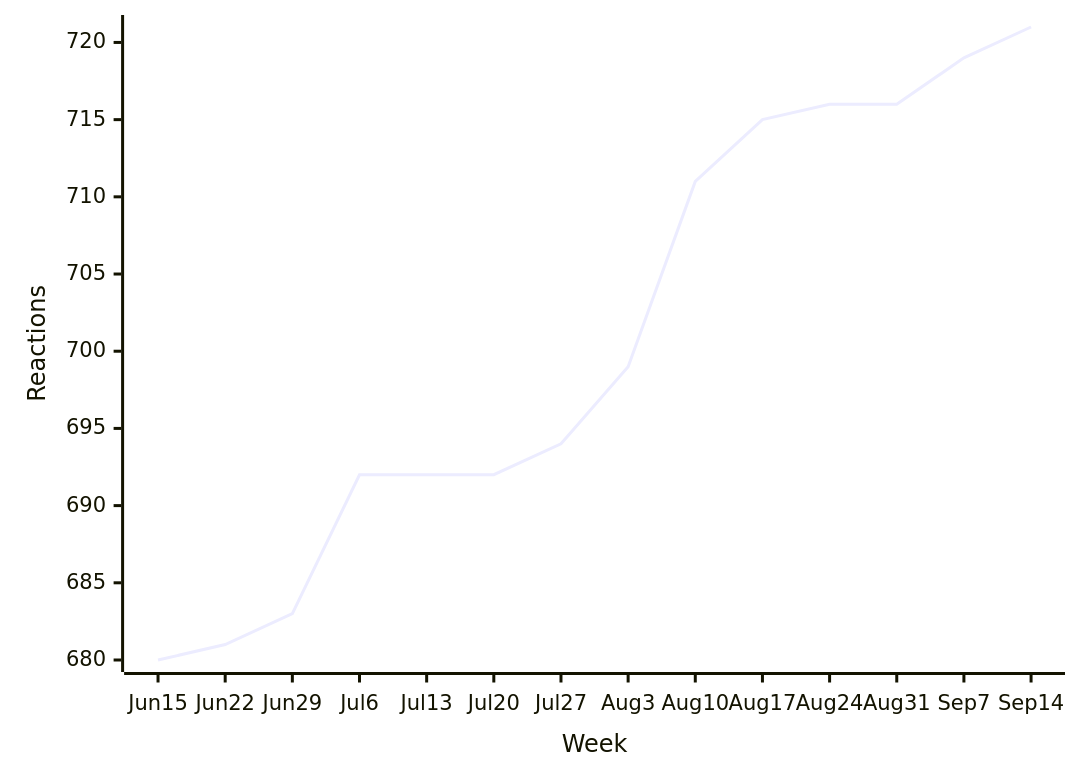
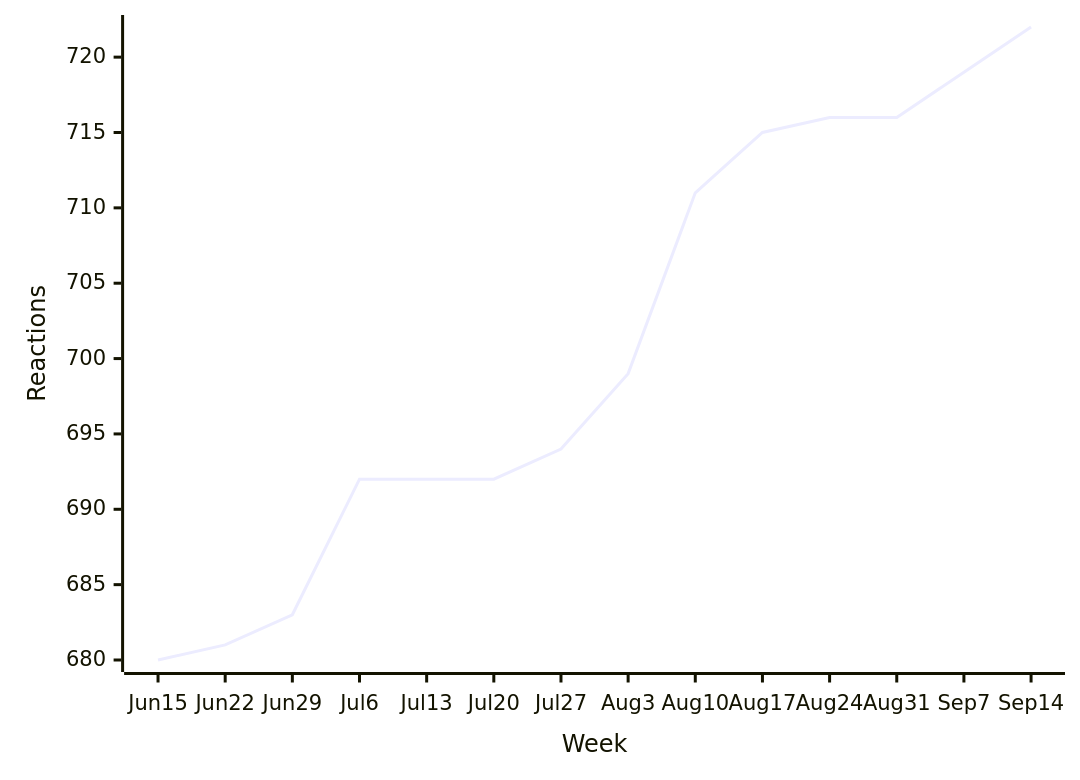
Before and after one commit to loic-sharma/github-insights: the first of 41 diagrams in README.md, drawn with Mermaid. The commit also changed other lines of this file and 3 other files, not shown here.

````diff
--- a/README.md
+++ b/README.md
@@ -324,6 +324,6 @@
   ```mermaid
   xychart-beta
     x-axis "Week" [Jun 15, Jun 22, Jun 29, Jul 6, Jul 13, Jul 20, Jul 27, Aug 3, Aug 10, Aug 17, Aug 24, Aug 31, Sep 7, Sep 14]
     y-axis "Reactions"
-    line [680, 681, 683, 692, 692, 692, 694, 699, 711, 715, 716, 716, 719, 721]
+    line [680, 681, 683, 692, 692, 692, 694, 699, 711, 715, 716, 716, 719, 722]
   ```
````
